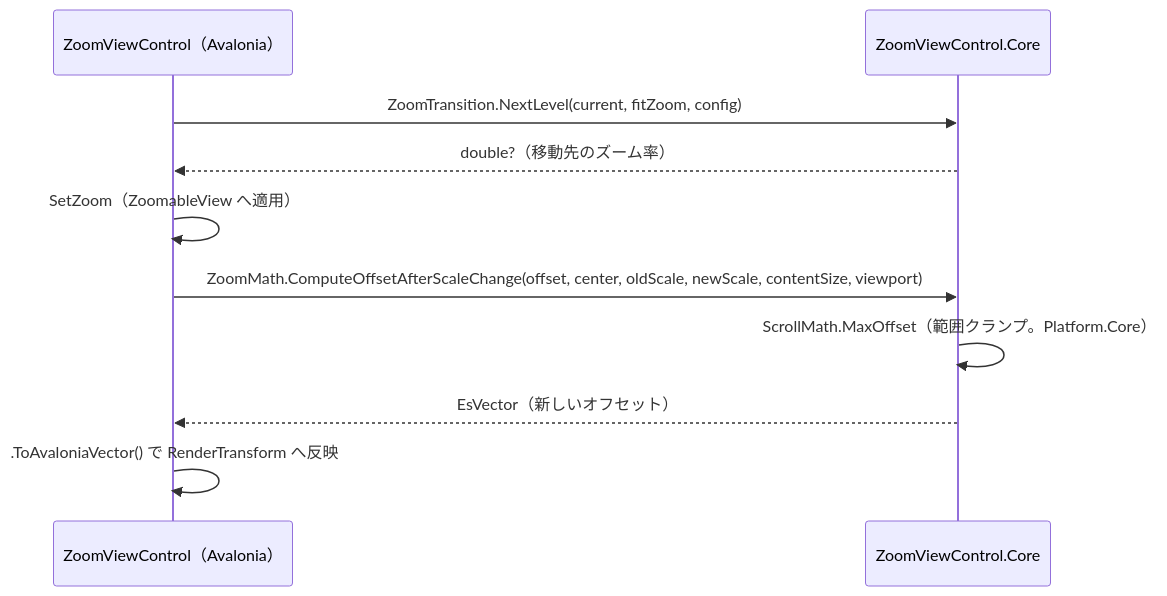
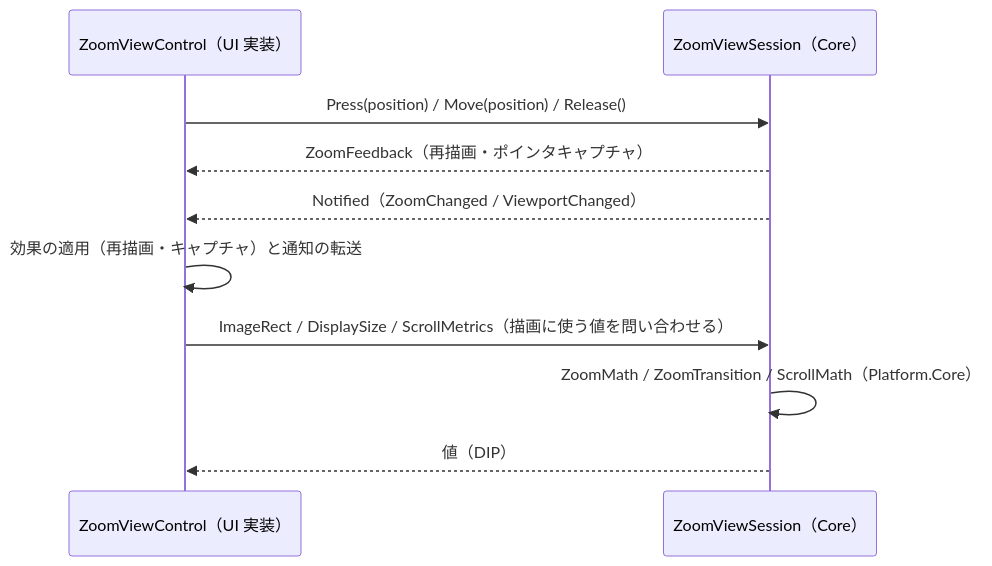
Before and after one commit to tomokuni/SaveEvidence: the second of 2 diagrams in src/ZoomViewControl.Core/SPEC_System.md, drawn with Mermaid. The commit also changed other lines of this file and 226 other files, not shown here.

````diff
--- a/src/ZoomViewControl.Core/SPEC_System.md
+++ b/src/ZoomViewControl.Core/SPEC_System.md
@@ -38,13 +47,13 @@
 ```mermaid
 sequenceDiagram
-  participant UI as ZoomViewControl（Avalonia）
-  participant Core as ZoomViewControl.Core
+  participant UI as ZoomViewControl（UI 実装）
+  participant Core as ZoomViewSession（Core）
 
-  UI->>Core: ZoomTransition.NextLevel(current, fitZoom, config)
-  Core-->>UI: double?（移動先のズーム率）
-  UI->>UI: SetZoom（ZoomableView へ適用）
-  UI->>Core: ZoomMath.ComputeOffsetAfterScaleChange(offset, center, oldScale, newScale, contentSize, viewport)
-  Core->>Core: ScrollMath.MaxOffset（範囲クランプ。Platform.Core）
-  Core-->>UI: EsVector（新しいオフセット）
-  UI->>UI: .ToAvaloniaVector() で RenderTransform へ反映
+  UI->>Core: Press(position) / Move(position) / Release()
+  Core-->>UI: ZoomFeedback（再描画・ポインタキャプチャ）
+  Core-->>UI: Notified（ZoomChanged / ViewportChanged）
+  UI->>UI: 効果の適用（再描画・キャプチャ）と通知の転送
+  UI->>Core: ImageRect / DisplaySize / ScrollMetrics（描画に使う値を問い合わせる）
+  Core->>Core: ZoomMath / ZoomTransition / ScrollMath（Platform.Core）
+  Core-->>UI: 値（DIP）
 ```
````
